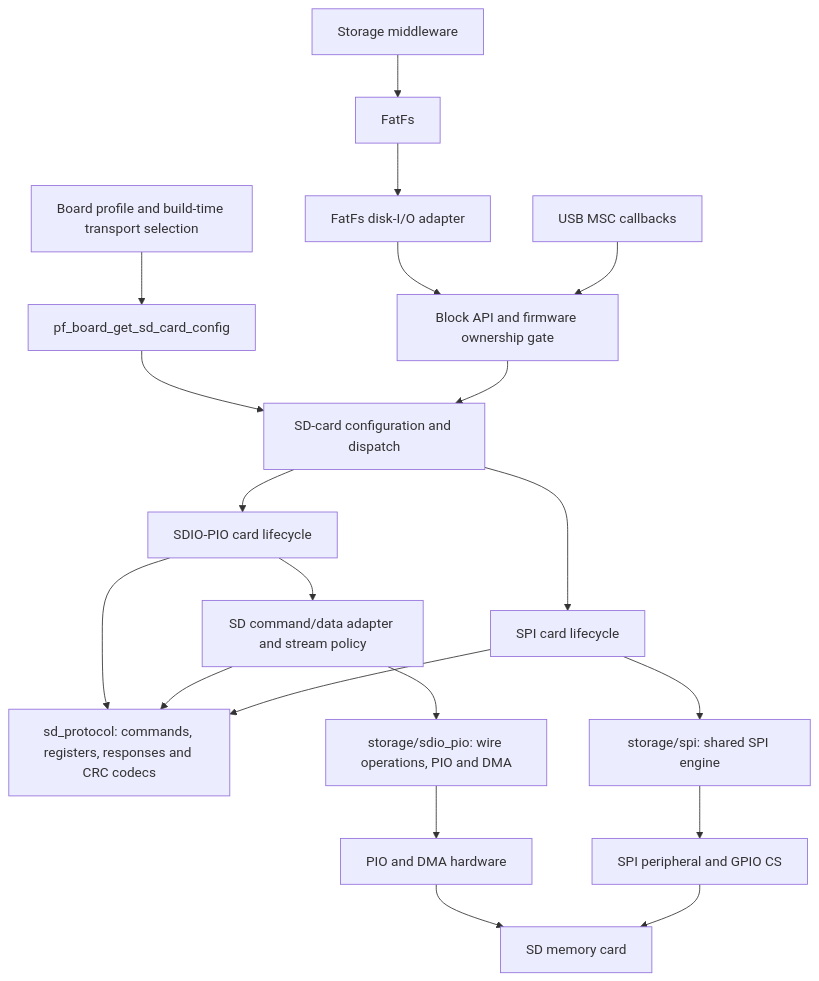
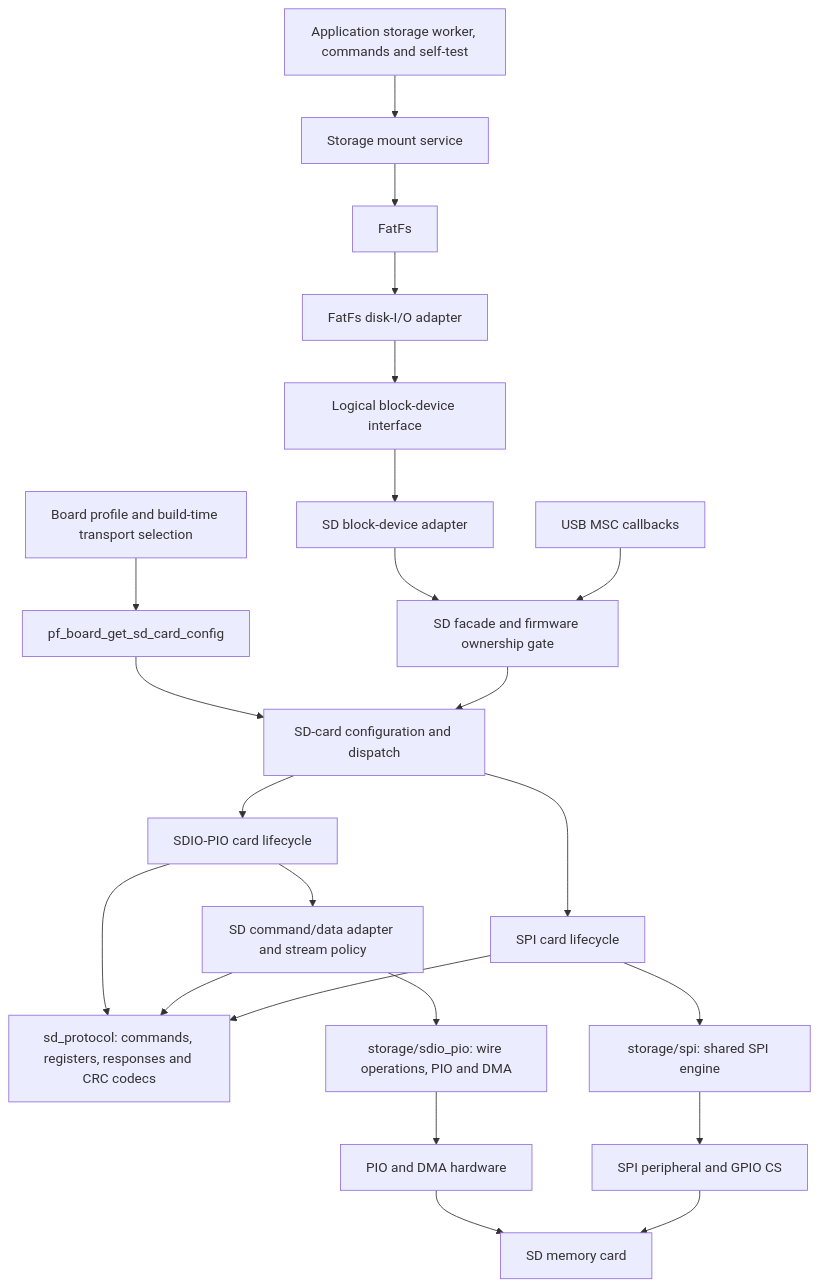
One commit to djwinter29-oss/PicoForge changed the first of 5 diagrams in docs/sdcard-design.md. Above: the diagram before and after it, drawn with Mermaid. The commit also changed other lines of this file and 39 other files, not shown here.

````diff
--- a/docs/sdcard-design.md
+++ b/docs/sdcard-design.md
@@ -76,22 +76,25 @@
 ```mermaid
 flowchart TD
     Board[Board profile and build-time transport selection] --> Config[pf_board_get_sd_card_config]
     Config --> Card[SD-card configuration and dispatch]
-    Storage[Storage middleware] --> FatFs[FatFs]
+    App[Application storage worker, commands and self-test] --> Storage[Storage mount service]
+    Storage --> FatFs[FatFs]
     FatFs --> Disk[FatFs disk-I/O adapter]
-    Disk --> Gate[Block API and firmware ownership gate]
+    Disk --> Block[Logical block-device interface]
+    Block --> SDAdapter[SD block-device adapter]
+    SDAdapter --> Gate[SD facade and firmware ownership gate]
     MSC[USB MSC callbacks] --> Gate
     Gate --> Card
     Card --> Native[SDIO-PIO card lifecycle]
     Card --> SPI[SPI card lifecycle]
     Native --> Host[SD command/data adapter and stream policy]
     Native --> Shared[sd_protocol: commands, registers, responses and CRC codecs]
     Host --> Shared
     SPI --> Shared
     Host --> NativeBus[storage/sdio_pio: wire operations, PIO and DMA]
     NativeBus --> PIO[PIO and DMA hardware]
     SPI --> SerialBus[storage/spi: shared SPI engine]
     SerialBus --> Peripheral[SPI peripheral and GPIO CS]
     PIO --> Media[SD memory card]
     Peripheral --> Media
 ```
````
